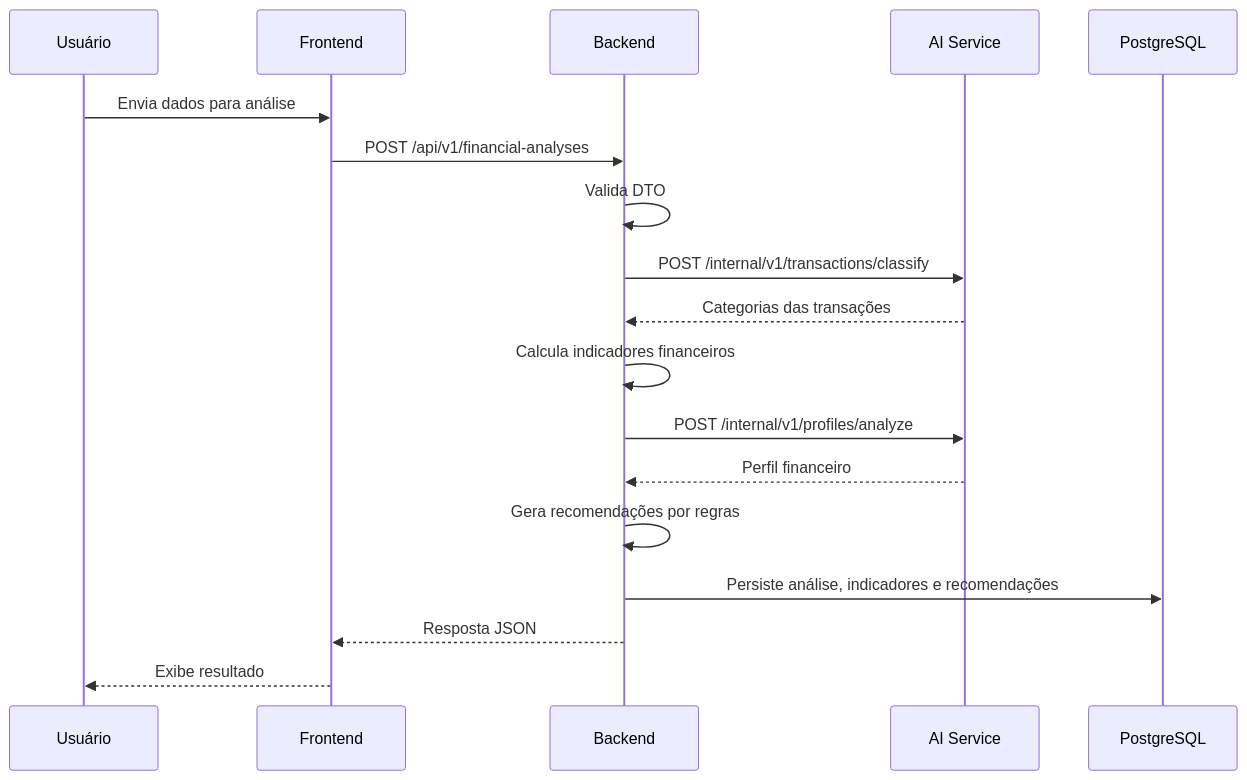
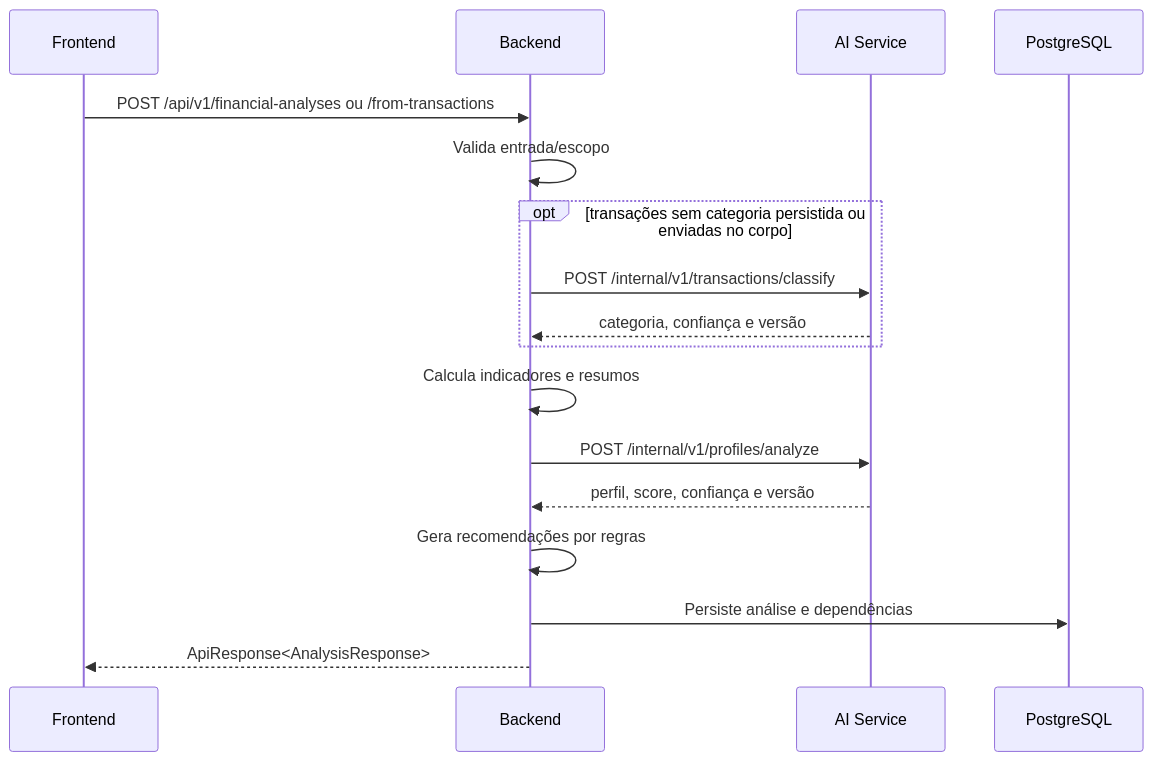
Before and after one commit to No-Country-simulation/G9-BR-Team-17-FinVise: the second of 3 diagrams in docs/architecture.md, drawn with Mermaid. The commit also changed other lines of this file and 26 other files, not shown here.

````diff
--- a/docs/architecture.md
+++ b/docs/architecture.md
@@ -80,21 +177,20 @@
 ```mermaid
 sequenceDiagram
-    participant U as Usuário
     participant F as Frontend
     participant B as Backend
     participant AI as AI Service
     participant DB as PostgreSQL
 
-    U->>F: Envia dados para análise
-    F->>B: POST /api/v1/financial-analyses
-    B->>B: Valida DTO
-    B->>AI: POST /internal/v1/transactions/classify
-    AI-->>B: Categorias das transações
-    B->>B: Calcula indicadores financeiros
+    F->>B: POST /api/v1/financial-analyses ou /from-transactions
+    B->>B: Valida entrada/escopo
+    opt transações sem categoria persistida ou enviadas no corpo
+        B->>AI: POST /internal/v1/transactions/classify
+        AI-->>B: categoria, confiança e versão
+    end
+    B->>B: Calcula indicadores e resumos
     B->>AI: POST /internal/v1/profiles/analyze
-    AI-->>B: Perfil financeiro
+    AI-->>B: perfil, score, confiança e versão
     B->>B: Gera recomendações por regras
-    B->>DB: Persiste análise, indicadores e recomendações
-    B-->>F: Resposta JSON
-    F-->>U: Exibe resultado
+    B->>DB: Persiste análise e dependências
+    B-->>F: ApiResponse<AnalysisResponse>
 ```
````
